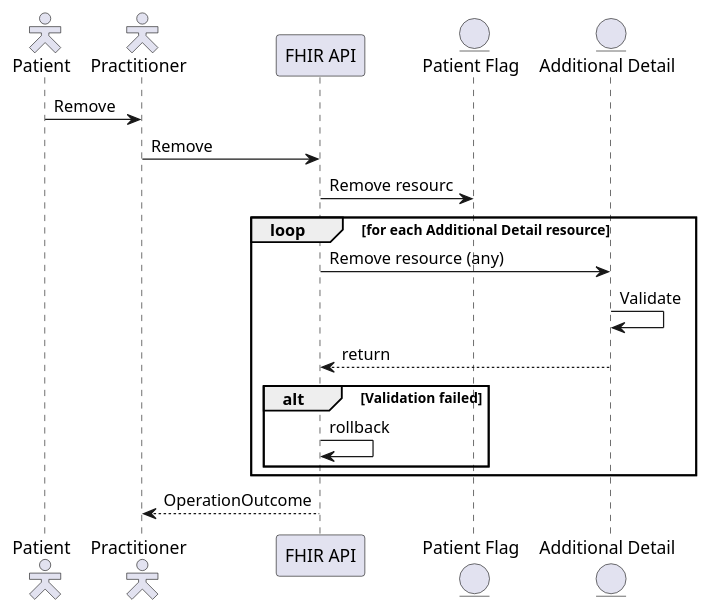
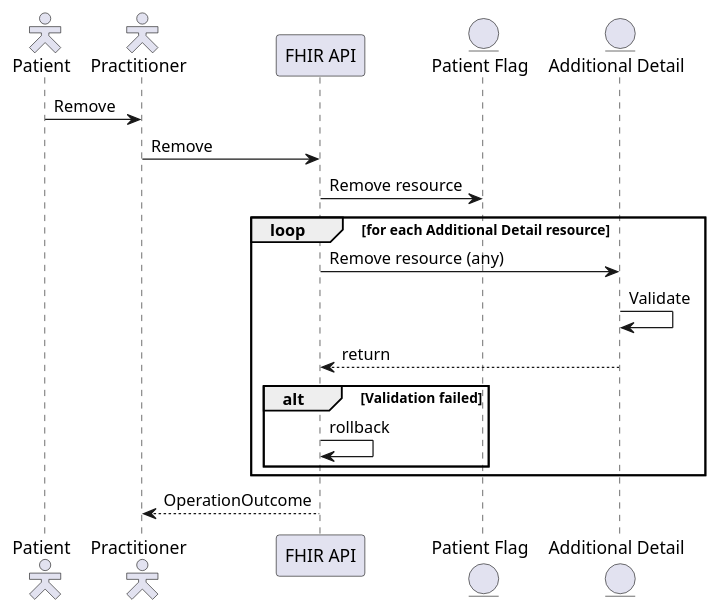
The second of 2 diagrams in NHSEnglandProgrammeImplementationGuides/backup/guides/Patient-Flag-Implementation-Guide-Beta/Home/Use-Cases/Patient-Flag-Record/Remove-Patient-Flag-Record.page.md (NHSDigital/IOPS-FHIR-Simplifier-Backup), drawn with PlantUML before and after one commit. The commit also changed 5 other files, not shown here.

```diff
--- a/NHSEnglandProgrammeImplementationGuides/backup/guides/Patient-Flag-Implementation-Guide-Beta/Home/Use-Cases/Patient-Flag-Record/Remove-Patient-Flag-Record.page.md
+++ b/NHSEnglandProgrammeImplementationGuides/backup/guides/Patient-Flag-Implementation-Guide-Beta/Home/Use-Cases/Patient-Flag-Record/Remove-Patient-Flag-Record.page.md
@@ -39,27 +39,27 @@
 @startuml
 
 skinparam actorStyle hollow
 
 actor        "Patient"          as pat
 actor        "Practitioner"     as pra
 participant  "FHIR API"         as api
 entity       "Patient Flag"     as pfg
 entity       "Additional Detail"  as add
 
   pat ->  pra : Remove
   pra ->  api : Remove
-  api ->  pfg : Remove resourc
+  api ->  pfg : Remove resource
   
 
 loop for each Additional Detail resource
   api ->  add : Remove resource (any)
   add ->  add : Validate
   api <-- add : return
   alt Validation failed
     api -> api : rollback
   end
 end
 
 pra <-- api : OperationOutcome
 
 @enduml
```
